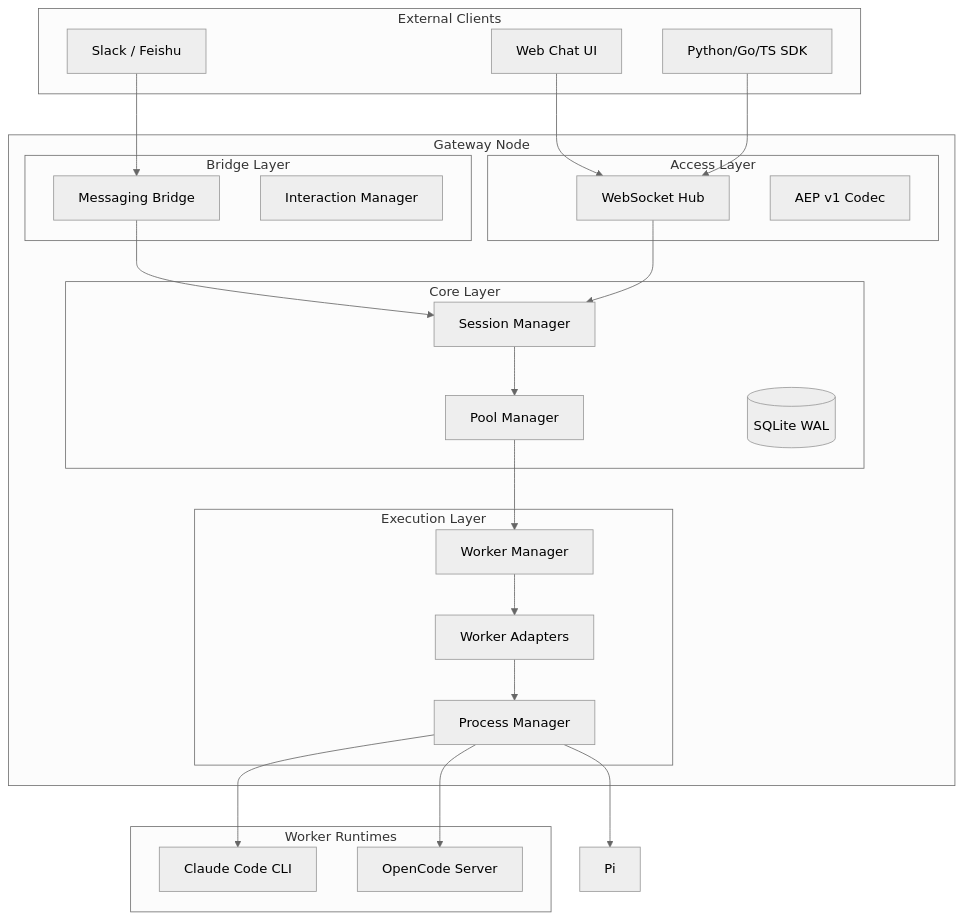
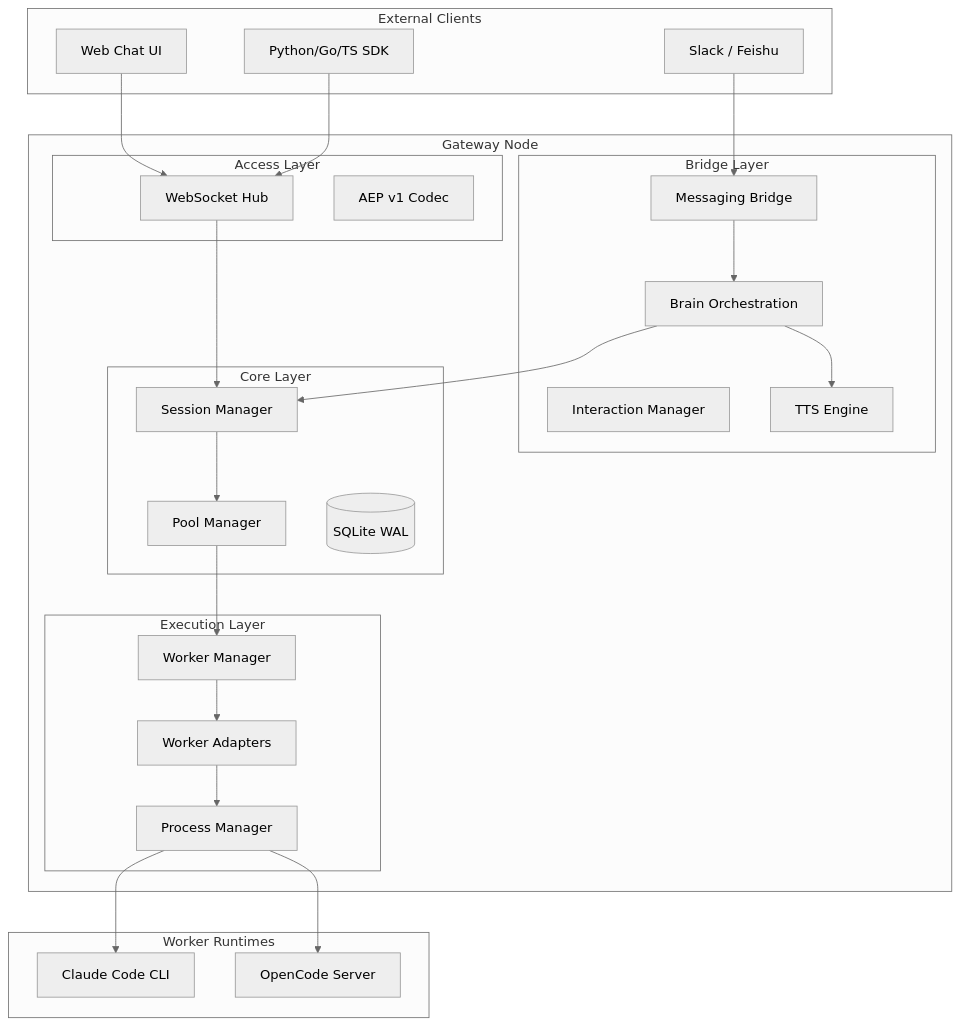
Before and after one commit to hrygo/hotplex-worker: the diagram in docs/Architecture-Design.md, drawn with Mermaid (neutral theme). The commit also changed other lines of this file and 79 other files, not shown here.

First line of the commit message:
feat(tts): add Brain module, Feishu voice reply and secure agent configuration (#266)

````diff
--- a/docs/Architecture-Design.md
+++ b/docs/Architecture-Design.md
@@ -11,47 +11,51 @@
 ```mermaid
 graph TD
     subgraph "External Clients"
         Web[Web Chat UI]
         SDK[Python/Go/TS SDK]
         Chat[Slack / Feishu]
     end
 
     subgraph "Gateway Node"
         subgraph "Access Layer"
             WS[WebSocket Hub]
             AEP[AEP v1 Codec]
         end
 
         subgraph "Bridge Layer"
             MB[Messaging Bridge]
             IA[Interaction Manager]
+            Brain[Brain Orchestration]
+            TTS[TTS Engine]
         end
 
         subgraph "Core Layer"
             SM[Session Manager]
             PM[Pool Manager]
             DB[(SQLite WAL)]
         end
 
         subgraph "Execution Layer"
             WM[Worker Manager]
             WA[Worker Adapters]
             PR[Process Manager]
         end
     end
 
     subgraph "Worker Runtimes"
         Claude[Claude Code CLI]
         OpenCode[OpenCode Server]
     end
 
     Web & SDK --> WS
     Chat --> MB
-    MB --> SM
+    MB --> Brain
+    Brain --> TTS
+    Brain --> SM
     WS --> SM
     SM --> PM
     PM --> WM
     WM --> WA
     WA --> PR
-    PR --> Claude & OpenCode & Pi
+    PR --> Claude & OpenCode
 ```
````
